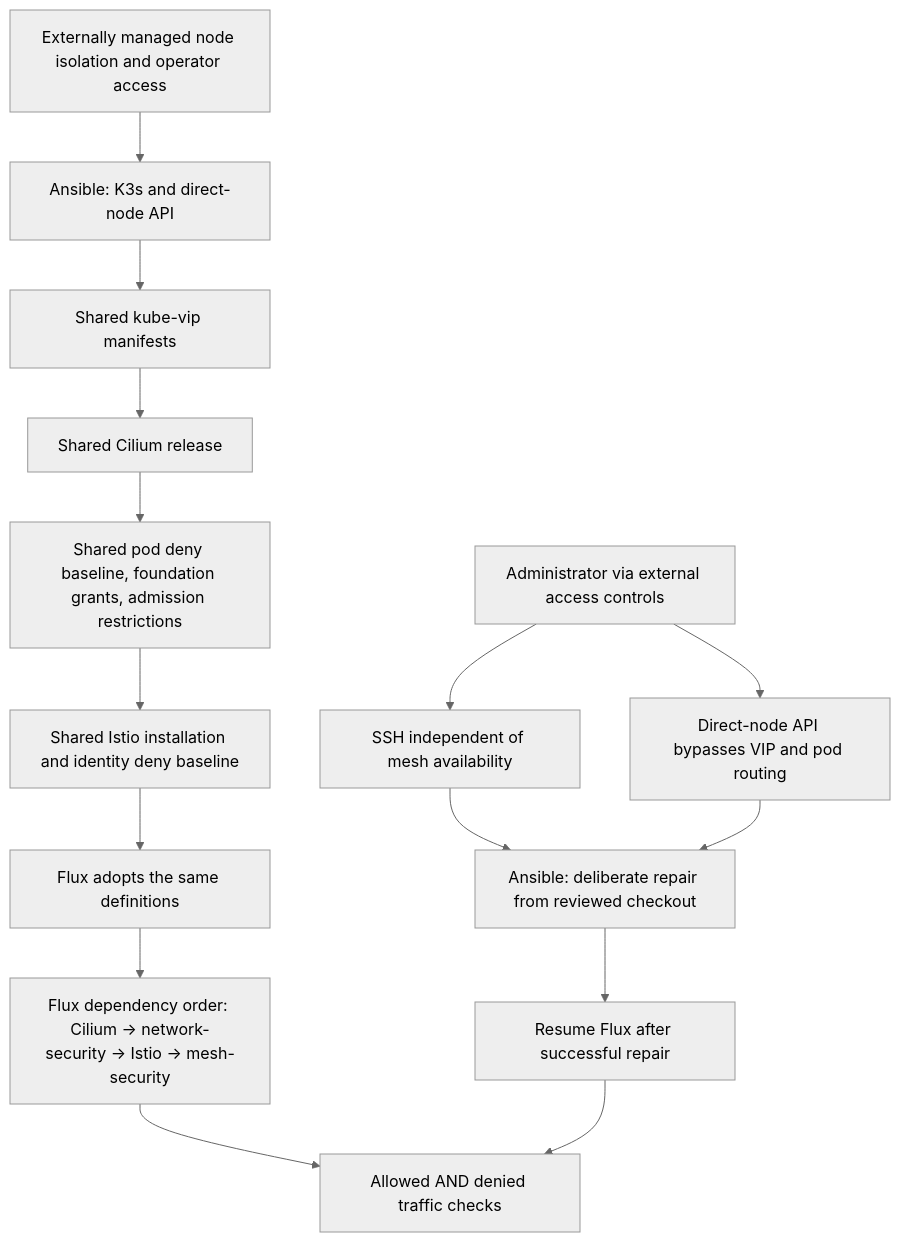
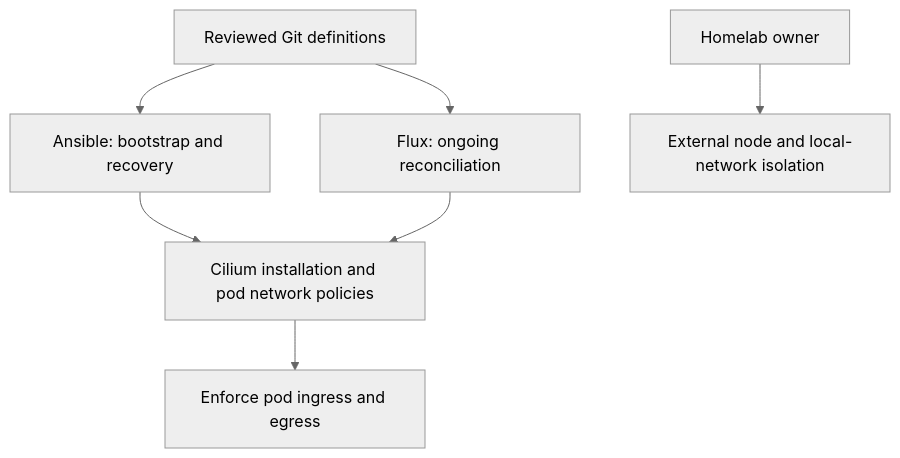
One commit to liamawhite/homelab changed the fourth of 4 diagrams in docs/architecture/network-security.md. Above: the diagram before and after it, drawn with Mermaid (neutral theme). The commit also changed other lines of this file and 1 other file, not shown here.

Commit message:
Focus architecture learning on L4 and track verification in issue 25

````diff
--- a/docs/architecture/network-security.md
+++ b/docs/architecture/network-security.md
@@ -108,19 +110,9 @@
 ```mermaid
-flowchart TD
-    External["Externally managed node isolation and operator access"]
-    External --> K3s["Ansible: K3s and direct-node API"]
-    K3s --> VIP["Shared kube-vip manifests"]
-    VIP --> CNI["Shared Cilium release"]
-    CNI --> PodDeny["Shared pod deny baseline, foundation grants, admission restrictions"]
-    PodDeny --> Ambient["Shared Istio installation and identity deny baseline"]
-    Ambient --> Handoff["Flux adopts the same definitions"]
-    Handoff --> Graph["Flux dependency order: Cilium → network-security → Istio → mesh-security"]
-    Graph --> Checks["Allowed AND denied traffic checks"]
-
-    Operator["Administrator via external access controls"] --> SSH["SSH independent of mesh availability"]
-    Operator --> API["Direct-node API bypasses VIP and pod routing"]
-    SSH --> Repair["Ansible: deliberate repair from reviewed checkout"]
-    API --> Repair
-    Repair --> Resume["Resume Flux after successful repair"]
-    Resume --> Checks
+flowchart TB
+    Git["Reviewed Git definitions"] --> Ansible["Ansible: bootstrap and recovery"]
+    Git --> Flux["Flux: ongoing reconciliation"]
+    Ansible --> Cilium["Cilium installation and pod network policies"]
+    Flux --> Cilium
+    Cilium --> Pods["Enforce pod ingress and egress"]
+    Owner["Homelab owner"] --> External["External node and local-network isolation"]
 ```
````
